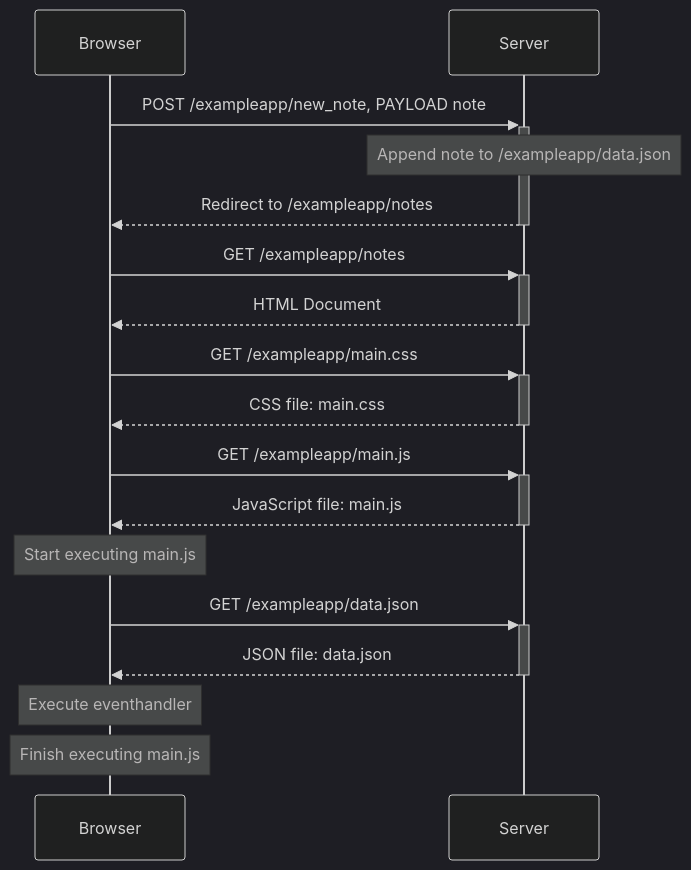
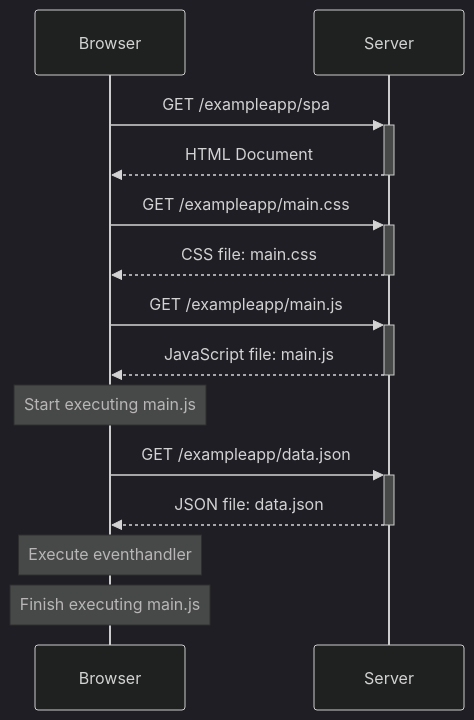
Before and after one commit to eemeli3/fullstack_tehtavat: the diagram in osa0/tehtava0.5.md, drawn with Mermaid (dark theme).

````diff
--- a/osa0/tehtava0.5.md
+++ b/osa0/tehtava0.5.md
@@ -1,19 +1,16 @@
 ```mermaid
 sequenceDiagram;
     participant A as Browser;
     participant B as Server;
-    A->>+B: POST /exampleapp/new_note, PAYLOAD note;
-    Note over B: Append note to /exampleapp/data.json
-    B-->>-A: Redirect to /exampleapp/notes;
-    A->>+B: GET /exampleapp/notes
+    A->>+B: GET /exampleapp/spa
     B-->>-A: HTML Document
     A->>+B: GET /exampleapp/main.css
     B-->>-A: CSS file: main.css
     A->>+B: GET /exampleapp/main.js
     B-->>-A: JavaScript file: main.js
     Note over A: Start executing main.js
     A->>+B: GET /exampleapp/data.json
     B-->>-A: JSON file: data.json
     Note over A: Execute eventhandler
     Note over A: Finish executing main.js
 ```
````
